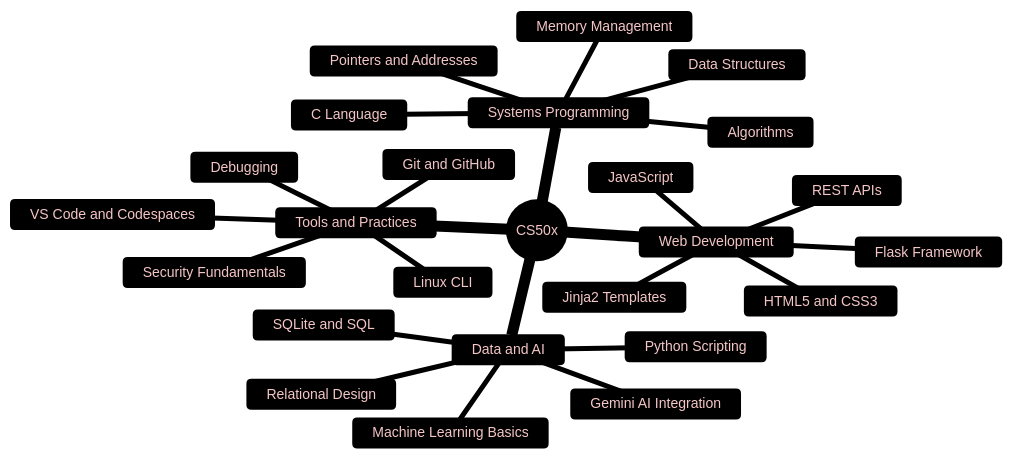
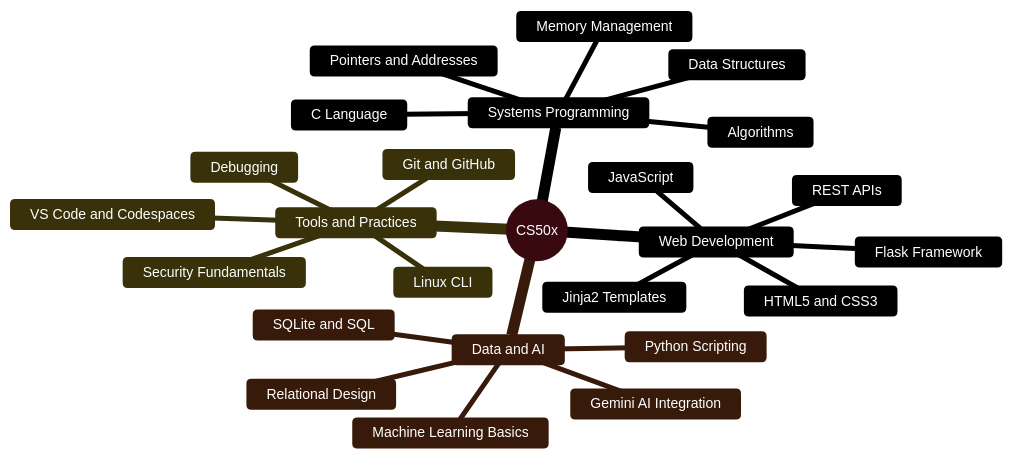
The third of 3 diagrams in README.md (bavish007/cs50x), drawn with Mermaid before and after one commit. The commit also changed other lines of this file, not shown here.

Commit message:
Fix button to Option A (single-line typing SVG + badge) and recolor mindmap to Harvard palette

````diff
--- a/README.md
+++ b/README.md
@@ -245,39 +245,39 @@
 ```mermaid
 %%{init: {'theme': 'base', 'themeVariables': {
-  'primaryColor': '#1a0000',
-  'primaryTextColor': '#f5c6c6',
-  'primaryBorderColor': '#A51C30',
-  'secondaryColor': '#0D1117',
-  'secondaryTextColor': '#C9D1D9',
+  'primaryColor': '#A51C30',
+  'primaryTextColor': '#ffffff',
+  'primaryBorderColor': '#8B0000',
+  'secondaryColor': '#2d1b1b',
+  'secondaryTextColor': '#f5c6c6',
   'tertiaryColor': '#1a0a0a',
-  'tertiaryTextColor': '#e8c4c4',
+  'tertiaryTextColor': '#e8b4a0',
   'lineColor': '#A51C30',
   'fontSize': '14px'
 }}}%%
 mindmap
   root((CS50x))
     Systems Programming
       C Language
       Memory Management
       Pointers and Addresses
       Data Structures
       Algorithms
     Web Development
       HTML5 and CSS3
       JavaScript
       Flask Framework
       Jinja2 Templates
       REST APIs
     Data and AI
       SQLite and SQL
       Relational Design
       Python Scripting
       Gemini AI Integration
       Machine Learning Basics
     Tools and Practices
       Git and GitHub
       Linux CLI
       VS Code and Codespaces
       Debugging
       Security Fundamentals
 ```
````
